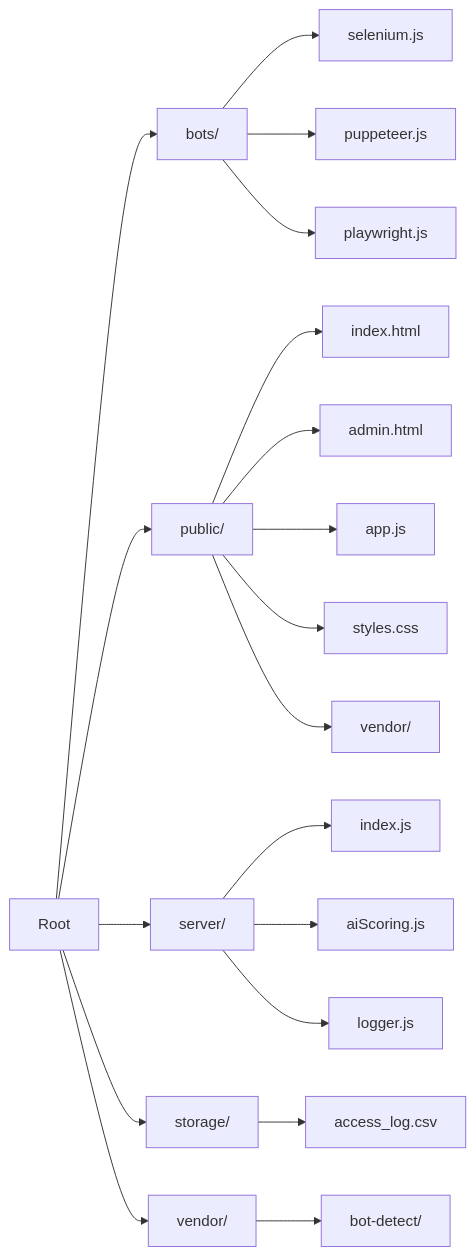
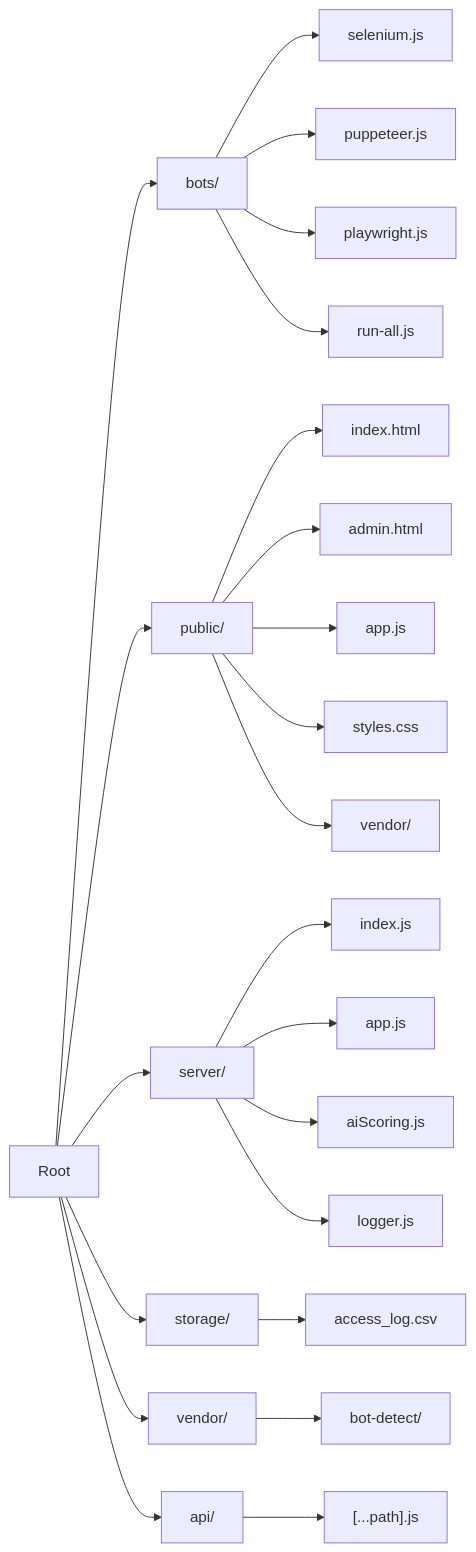
Before and after one commit to abhiveeramallu/Bot-detection: the second of 3 diagrams in README.md, drawn with Mermaid. The commit also changed other lines of this file, not shown here.

````diff
--- a/README.md
+++ b/README.md
@@ -99,26 +114,31 @@
 ```mermaid
 graph LR
     A[Root] --> B[bots/]
     A --> C[public/]
     A --> D[server/]
     A --> E[storage/]
     A --> F[vendor/]
+    A --> G[api/]
     
     B --> B1[selenium.js]
     B --> B2[puppeteer.js]
     B --> B3[playwright.js]
+    B --> B4[run-all.js]
     
     C --> C1[index.html]
     C --> C2[admin.html]
     C --> C3[app.js]
     C --> C4[styles.css]
     C --> C5[vendor/]
     
     D --> D1[index.js]
-    D --> D2[aiScoring.js]
-    D --> D3[logger.js]
+    D --> D2[app.js]
+    D --> D3[aiScoring.js]
+    D --> D4[logger.js]
     
     E --> E1[access_log.csv]
     
     F --> F1[bot-detect/]
+
+    G --> G1["[...path].js"]
 ```
````
